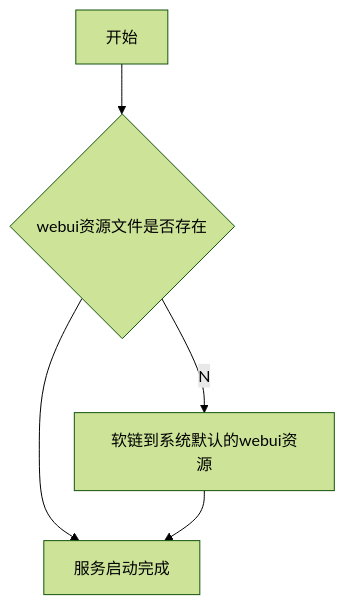
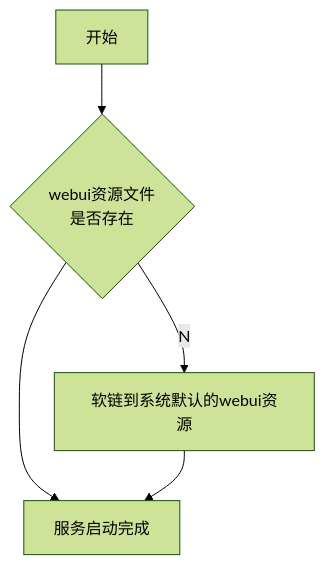
The diagram in all/未命名.md (HaleyCoder/iodraw-files), drawn with Mermaid (forest theme) before and after one commit.

Commit message:
2024-08-29 14:37:28 update

````diff
--- a/all/未命名.md
+++ b/all/未命名.md
@@ -1,9 +1,10 @@
 ```mermaid
 graph TD
-    A[开始] --> B{webui资源文件是否存在}
+    A[开始] --> B{webui资源文件
+    是否存在}
     B -->|N| C[软链到系统默认的webui资源]
     B --> D[服务启动完成]
     C --> D
     
   
 ```
````
